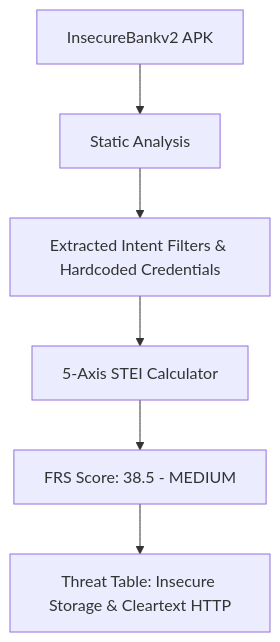
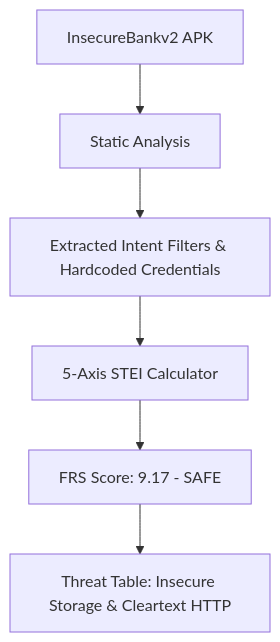
The first of 3 diagrams in docs/evaluation/CASE_STUDIES.md (SanTiwari07/Sudarshan), drawn with Mermaid before and after one commit. The commit also changed other lines of this file and 20 other files, not shown here.

````diff
--- a/docs/evaluation/CASE_STUDIES.md
+++ b/docs/evaluation/CASE_STUDIES.md
@@ -50,8 +50,8 @@
 ```mermaid
 graph TD
     A[InsecureBankv2 APK] --> B[Static Analysis]
     B --> C[Extracted Intent Filters & Hardcoded Credentials]
     C --> D[5-Axis STEI Calculator]
-    D --> E[FRS Score: 38.5 - MEDIUM]
+    D --> E[FRS Score: 9.17 - SAFE]
     E --> F[Threat Table: Insecure Storage & Cleartext HTTP]
 ```
````
